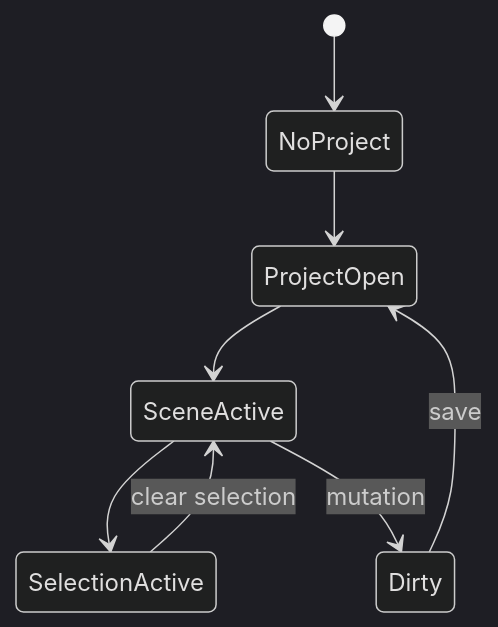
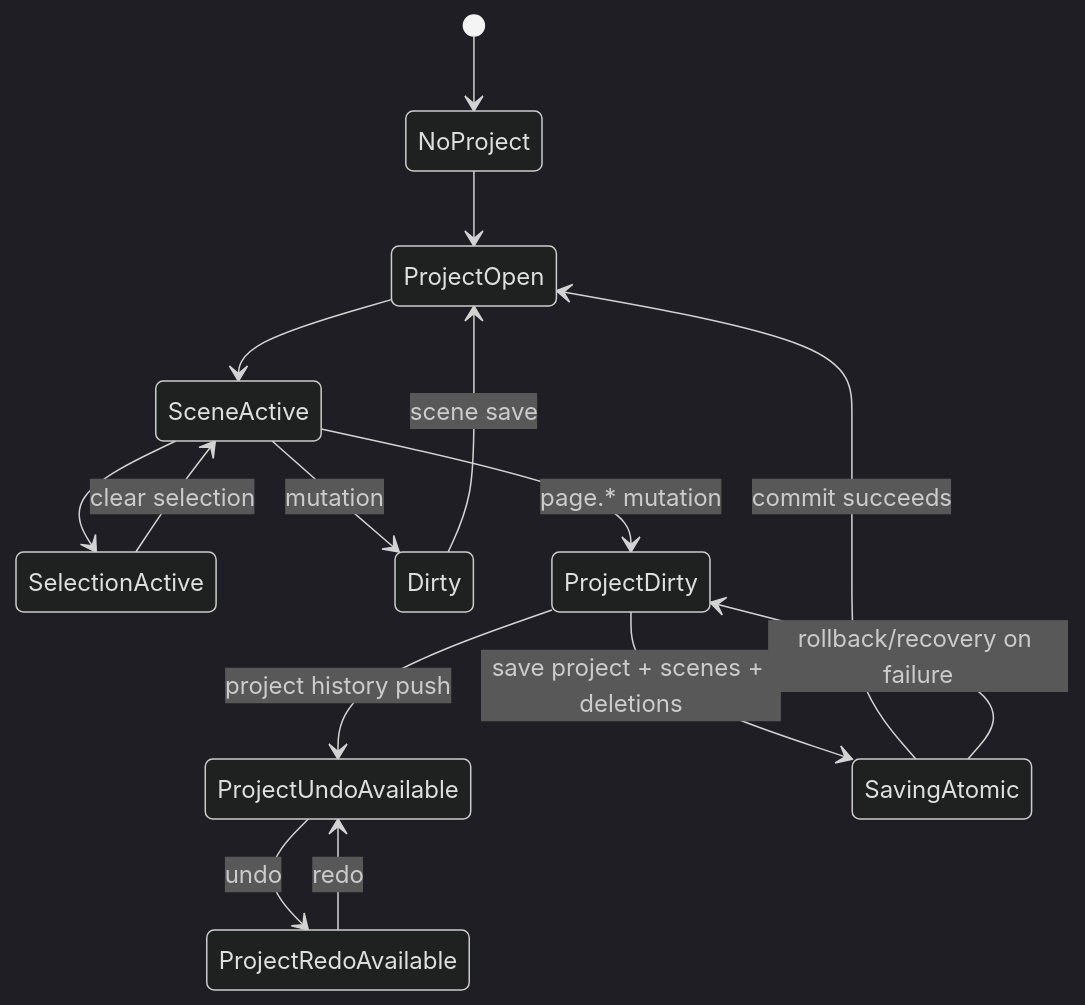
The diagram in docs/10_generated/STATE_FLOW_DIAGRAM_V2.md (technologiesflorizon/scadabuilder), drawn with Mermaid (dark theme) before and after one commit. The commit also changed other lines of this file and 19 other files, not shown here.

````diff
--- a/docs/10_generated/STATE_FLOW_DIAGRAM_V2.md
+++ b/docs/10_generated/STATE_FLOW_DIAGRAM_V2.md
@@ -13,10 +14,17 @@
 ```mermaid
 stateDiagram-v2
   [*] --> NoProject
   NoProject --> ProjectOpen
   ProjectOpen --> SceneActive
   SceneActive --> SelectionActive
   SelectionActive --> SceneActive: clear selection
   SceneActive --> Dirty: mutation
-  Dirty --> ProjectOpen: save
+  SceneActive --> ProjectDirty: page.* mutation
+  ProjectDirty --> ProjectUndoAvailable: project history push
+  ProjectUndoAvailable --> ProjectRedoAvailable: undo
+  ProjectRedoAvailable --> ProjectUndoAvailable: redo
+  ProjectDirty --> SavingAtomic: save project + scenes + deletions
+  SavingAtomic --> ProjectOpen: commit succeeds
+  SavingAtomic --> ProjectDirty: rollback/recovery on failure
+  Dirty --> ProjectOpen: scene save
 ```
````
